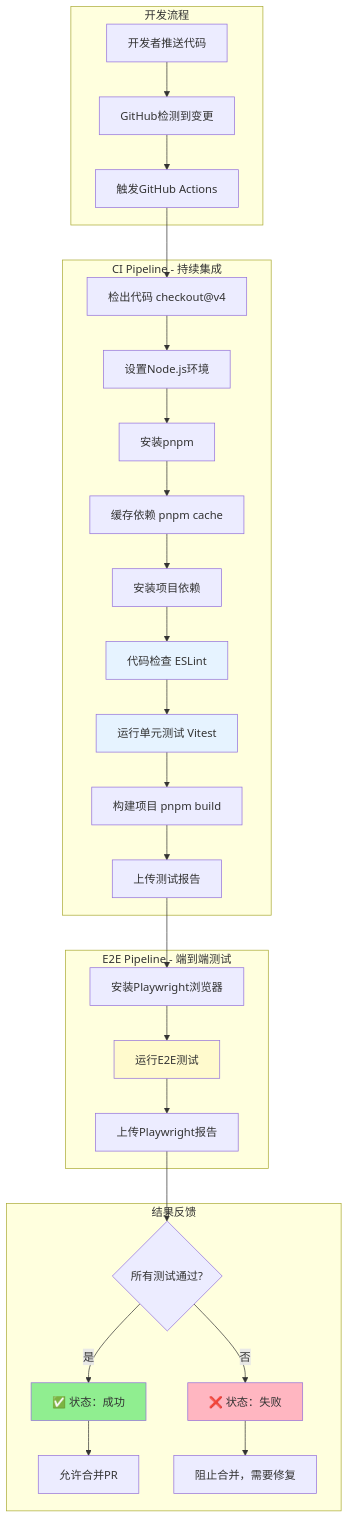
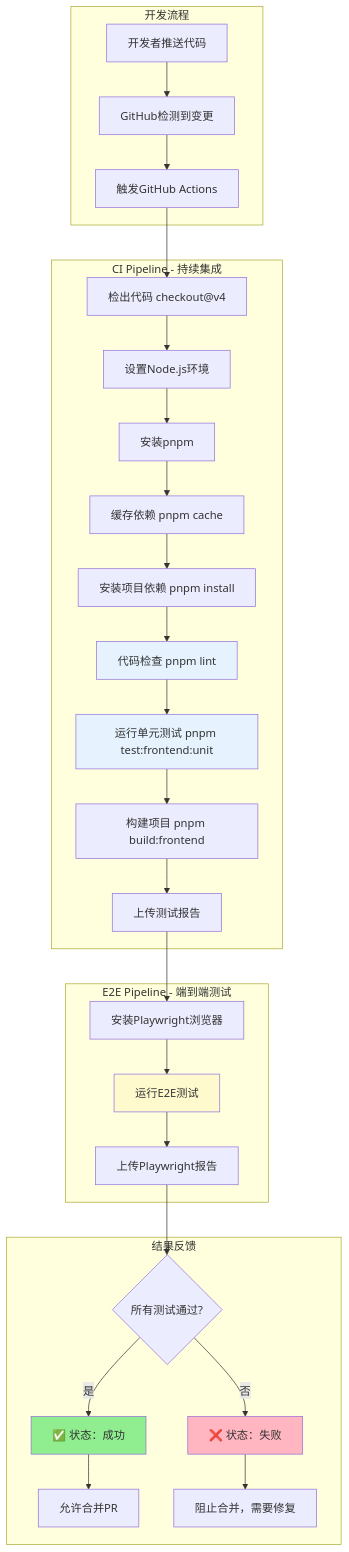
The first of 3 diagrams in docs/tutorial/how-github-actions-cicd-works.md (ubuntutester202/wechat-shop), drawn with Mermaid before and after one commit. The commit also changed other lines of this file and 6 other files, not shown here.

````diff
--- a/docs/tutorial/how-github-actions-cicd-works.md
+++ b/docs/tutorial/how-github-actions-cicd-works.md
@@ -16,39 +16,39 @@
 ```mermaid
 graph TB
     subgraph "开发流程"
         A[开发者推送代码] --> B[GitHub检测到变更]
         B --> C[触发GitHub Actions]
     end
-    
+
     subgraph "CI Pipeline - 持续集成"
         C --> D[检出代码 checkout@v4]
         D --> E[设置Node.js环境]
         E --> F[安装pnpm]
         F --> G[缓存依赖 pnpm cache]
-        G --> H[安装项目依赖]
-        H --> I[代码检查 ESLint]
-        I --> J[运行单元测试 Vitest]
-        J --> K[构建项目 pnpm build]
+        G --> H[安装项目依赖 pnpm install]
+        H --> I[代码检查 pnpm lint]
+        I --> J[运行单元测试 pnpm test:frontend:unit]
+        J --> K[构建项目 pnpm build:frontend]
         K --> L[上传测试报告]
     end
-    
+
     subgraph "E2E Pipeline - 端到端测试"
         L --> M[安装Playwright浏览器]
         M --> N[运行E2E测试]
         N --> O[上传Playwright报告]
     end
-    
+
     subgraph "结果反馈"
         O --> P{所有测试通过?}
         P -->|是| Q[✅ 状态：成功]
         P -->|否| R[❌ 状态：失败]
         Q --> S[允许合并PR]
         R --> T[阻止合并，需要修复]
     end
-    
+
     style Q fill:#90EE90
     style R fill:#FFB6C1
     style I fill:#E6F3FF
     style J fill:#E6F3FF
     style N fill:#FFFACD
 ```
````
